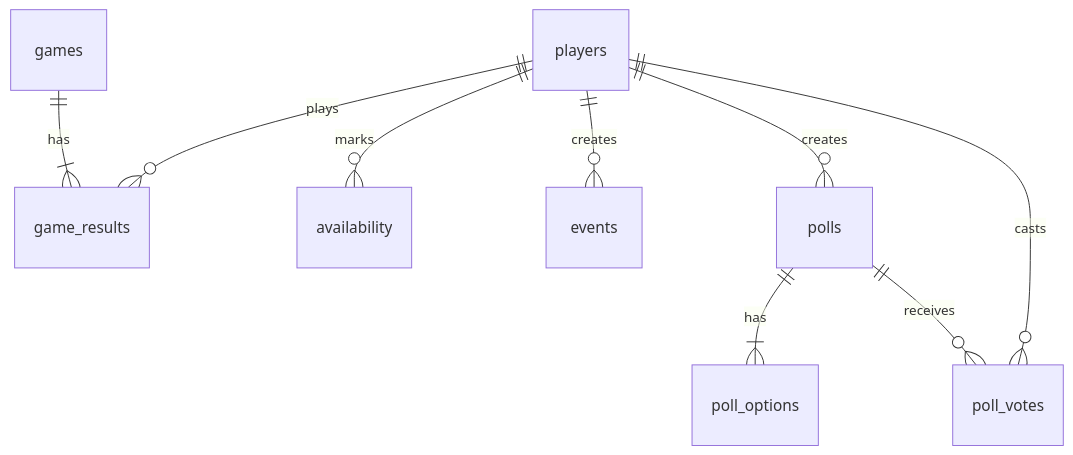
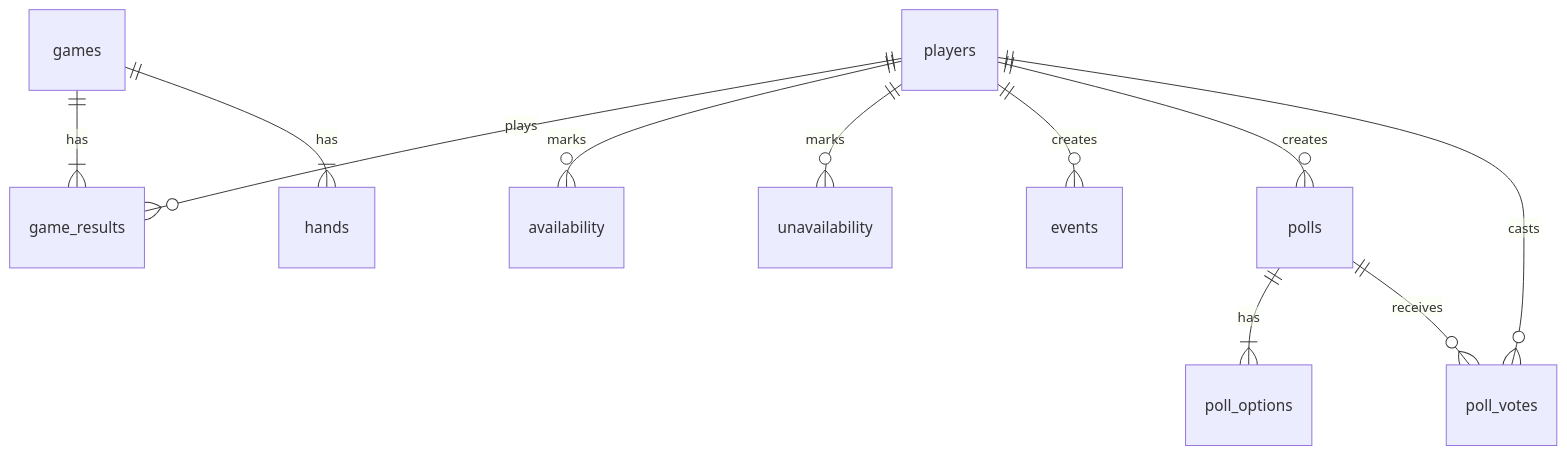
The second of 2 diagrams in README.md (rlchen74/3pmleague), drawn with Mermaid before and after one commit. The commit also changed other lines of this file and 11 other files, not shown here.

````diff
--- a/README.md
+++ b/README.md
@@ -49,11 +49,13 @@
 ```mermaid
 erDiagram
   players ||--o{ game_results : plays
   games ||--|{ game_results : has
+  games ||--|{ hands : has
   players ||--o{ availability : marks
+  players ||--o{ unavailability : marks
   players ||--o{ events : creates
   players ||--o{ polls : creates
   polls ||--|{ poll_options : has
   polls ||--o{ poll_votes : receives
   players ||--o{ poll_votes : casts
 ```
````
